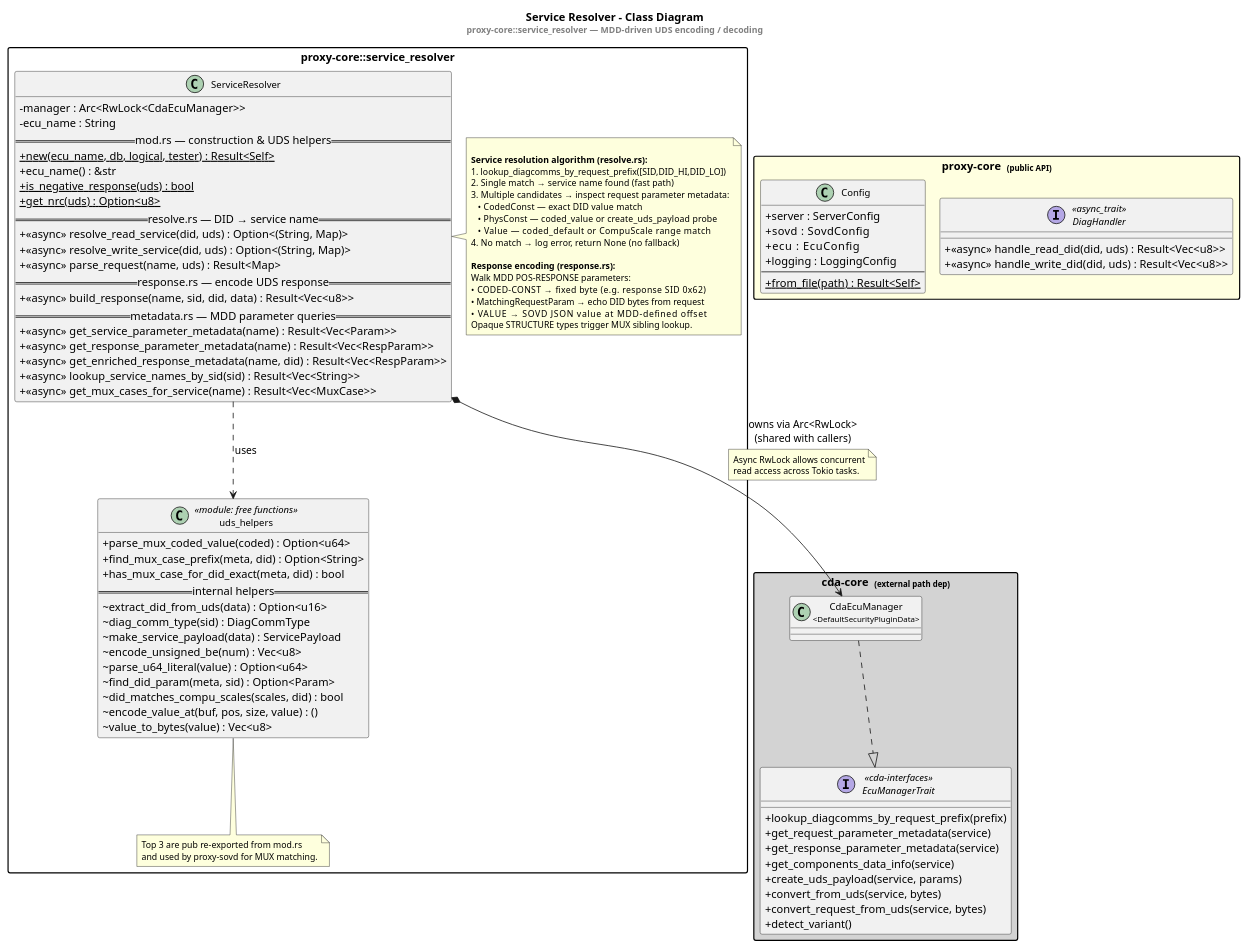
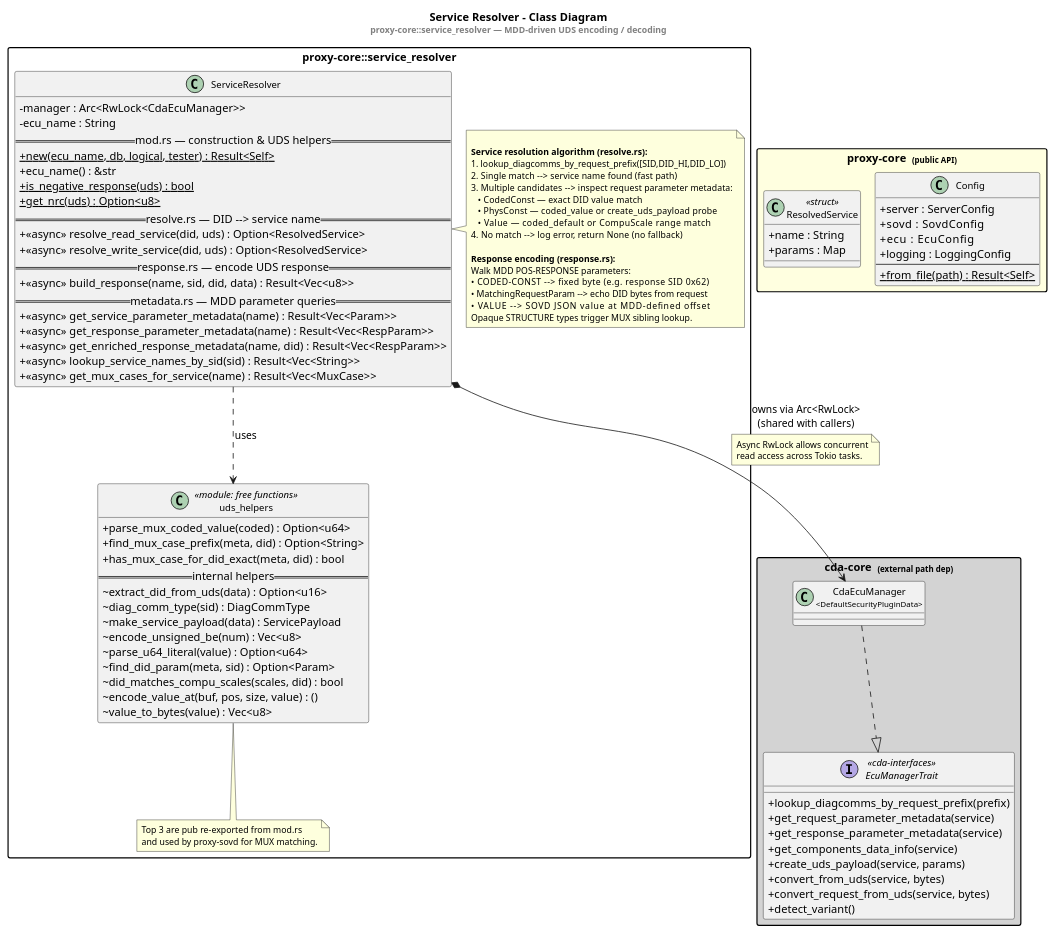
Before and after one commit to arvindr19/uds2sovd-proxy: the diagram in docs/service_resolver_class.puml, drawn with PlantUML. The commit also changed 12 other files, not shown here.

Commit message:
refactor: remove DiagHandler trait from proxy-core

```diff
--- a/docs/service_resolver_class.puml
+++ b/docs/service_resolver_class.puml
@@ -11,145 +11,142 @@
 @startuml service_resolver_class
 !pragma layout smetana
 
 title Service Resolver – Class Diagram\n<size:11><color:gray>proxy-core::service_resolver — MDD-driven UDS encoding / decoding</color></size>
 skinparam classAttributeIconSize 0
 skinparam packageStyle rectangle
 skinparam noteFontSize 11
 skinparam classFontSize 12
 
 ' ─────────────────────────────────────────────────────────────────
 ' proxy-core::service_resolver
 ' One struct (ServiceResolver) whose impl blocks are split across
 ' four source files for readability.  uds_helpers is a separate
 ' module of free (non-method) functions.
 ' ─────────────────────────────────────────────────────────────────
 package "proxy-core::service_resolver" {
 
     class ServiceResolver {
         - manager : Arc<RwLock<CdaEcuManager>>
         - ecu_name : String
         == mod.rs — construction & UDS helpers ==
         + {static} new(ecu_name, db, logical, tester) : Result<Self>
         + ecu_name() : &str
         + {static} is_negative_response(uds) : bool
         + {static} get_nrc(uds) : Option<u8>
-        == resolve.rs — DID → service name ==
-        + <<async>> resolve_read_service(did, uds) : Option<(String, Map)>
-        + <<async>> resolve_write_service(did, uds) : Option<(String, Map)>
-        + <<async>> parse_request(name, uds) : Result<Map>
+        == resolve.rs — DID --> service name ==
+        + <<async>> resolve_read_service(did, uds) : Option<ResolvedService>
+        + <<async>> resolve_write_service(did, uds) : Option<ResolvedService>
         == response.rs — encode UDS response ==
         + <<async>> build_response(name, sid, did, data) : Result<Vec<u8>>
         == metadata.rs — MDD parameter queries ==
         + <<async>> get_service_parameter_metadata(name) : Result<Vec<Param>>
         + <<async>> get_response_parameter_metadata(name) : Result<Vec<RespParam>>
         + <<async>> get_enriched_response_metadata(name, did) : Result<Vec<RespParam>>
         + <<async>> lookup_service_names_by_sid(sid) : Result<Vec<String>>
         + <<async>> get_mux_cases_for_service(name) : Result<Vec<MuxCase>>
     }
 
     note right of ServiceResolver
 
         <b>Service resolution algorithm (resolve.rs):</b>
         1. lookup_diagcomms_by_request_prefix([SID,DID_HI,DID_LO])
-        2. Single match  →  service name found (fast path)
-        3. Multiple candidates  →  inspect request parameter metadata:
+        2. Single match  -->  service name found (fast path)
+        3. Multiple candidates  -->  inspect request parameter metadata:
            • CodedConst   — exact DID value match
            • PhysConst    — coded_value or create_uds_payload probe
            • Value        — coded_default or CompuScale range match
-        4. No match  →  log error, return None (no fallback)
+        4. No match  -->  log error, return None (no fallback)
 
         <b>Response encoding (response.rs):</b>
         Walk MDD POS-RESPONSE parameters:
-        • CODED-CONST        → fixed byte (e.g. response SID 0x62)
-        • MatchingRequestParam → echo DID bytes from request
-        • VALUE              → SOVD JSON value at MDD-defined offset
+        • CODED-CONST        --> fixed byte (e.g. response SID 0x62)
+        • MatchingRequestParam --> echo DID bytes from request
+        • VALUE              --> SOVD JSON value at MDD-defined offset
         Opaque STRUCTURE types trigger MUX sibling lookup.
     end note
 
     class uds_helpers <<module: free functions>> {
         ' ── pub re-exports (used by proxy-sovd) ──
         + parse_mux_coded_value(coded) : Option<u64>
         + find_mux_case_prefix(meta, did) : Option<String>
         + has_mux_case_for_did_exact(meta, did) : bool
         == internal helpers ==
         ~ extract_did_from_uds(data) : Option<u16>
         ~ diag_comm_type(sid) : DiagCommType
         ~ make_service_payload(data) : ServicePayload
         ~ encode_unsigned_be(num) : Vec<u8>
         ~ parse_u64_literal(value) : Option<u64>
         ~ find_did_param(meta, sid) : Option<Param>
         ~ did_matches_compu_scales(scales, did) : bool
         ~ encode_value_at(buf, pos, size, value) : ()
         ~ value_to_bytes(value) : Vec<u8>
     }
 
     note bottom of uds_helpers
         Top 3 are pub re-exported from mod.rs
         and used by proxy-sovd for MUX matching.
     end note
 
     ServiceResolver ..> uds_helpers : uses
 }
 
 ' ─────────────────────────────────────────────────────────────────
 ' CDA (external dependency — cda-core / cda-interfaces)
 ' ─────────────────────────────────────────────────────────────────
 package "cda-core  <size:10>(external path dep)</size>" #LightGray {
 
     interface EcuManagerTrait <<cda-interfaces>> {
         ' — resolution —
         + lookup_diagcomms_by_request_prefix(prefix)
         + get_request_parameter_metadata(service)
         ' — response building —
         + get_response_parameter_metadata(service)
         + get_components_data_info(service)
         ' — encoding / decoding —
         + create_uds_payload(service, params)
         + convert_from_uds(service, bytes)
         + convert_request_from_uds(service, bytes)
         ' — variant selection —
         + detect_variant()
     }
 
     class "CdaEcuManager\n<size:10><DefaultSecurityPluginData></size>" as CdaEcuManager {
         ' Loads an MDD file (DiagnosticDatabase) and
-        ' implements EcuManagerTrait for UDS ↔ MDD ops.
+        ' implements EcuManagerTrait for UDS <-> MDD ops.
     }
 
     CdaEcuManager ..|> EcuManagerTrait
 }
 
 ' ─────────────────────────────────────────────────────────────────
 ' proxy-core public API consumed by proxy-sovd / proxy-doip
+' DiagHandler trait removed — no abstraction needed with one impl.
 ' ─────────────────────────────────────────────────────────────────
 package "proxy-core  <size:10>(public API)</size>" #LightYellow {
-
-    interface DiagHandler <<async_trait>> {
-        ' Implemented by SovdDiagHandler in proxy-sovd.
-        ' ServiceResolver is a field of SovdDiagHandler —
-        ' not a DiagHandler implementor itself.
-        + <<async>> handle_read_did(did, uds) : Result<Vec<u8>>
-        + <<async>> handle_write_did(did, uds) : Result<Vec<u8>>
-    }
 
     class Config {
         + server : ServerConfig
         + sovd   : SovdConfig
         + ecu    : EcuConfig
         + logging : LoggingConfig
         --
         + {static} from_file(path) : Result<Self>
+    }
+
+    class ResolvedService <<struct>> {
+        + name : String
+        + params : Map
     }
 }
 
 ' ─────────────────────────────────────────────────────────────────
 ' Relationships
 ' ─────────────────────────────────────────────────────────────────
 ServiceResolver *--> CdaEcuManager : owns via Arc<RwLock>\n(shared with callers)
 
 note on link
     Async RwLock allows concurrent
     read access across Tokio tasks.
 end note
 
 @enduml
```
